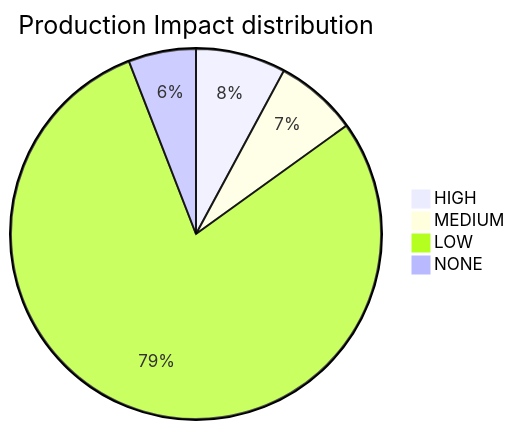
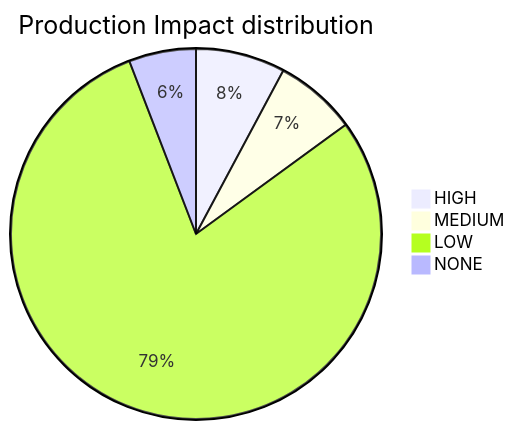
One commit to mikeybeezy/goldenpath-idp-infra changed the diagram in PLATFORM_HEALTH.md. Above: the diagram before and after it, drawn with Mermaid. The commit also changed other lines of this file, not shown here.

````diff
--- a/PLATFORM_HEALTH.md
+++ b/PLATFORM_HEALTH.md
@@ -55,7 +55,7 @@
 ```mermaid
 pie title Production Impact distribution
     "HIGH" : 36
     "MEDIUM" : 33
-    "LOW" : 362
+    "LOW" : 365
     "NONE" : 27
 ```
````
